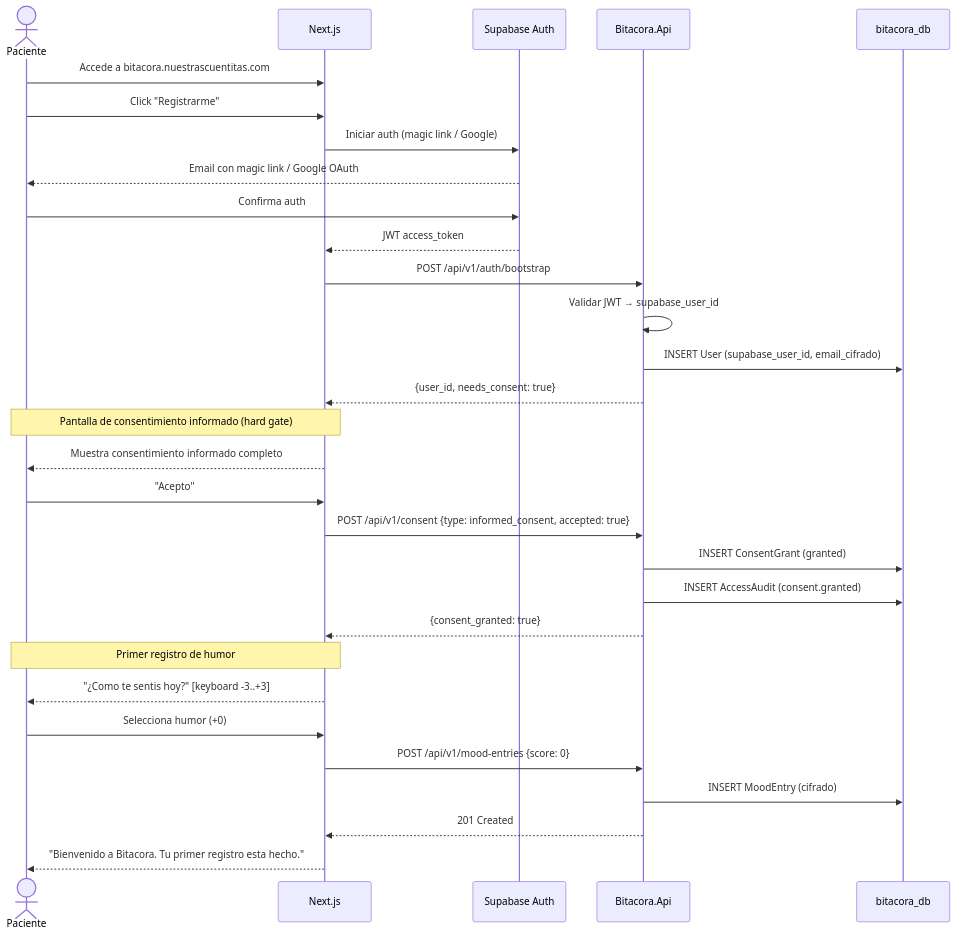
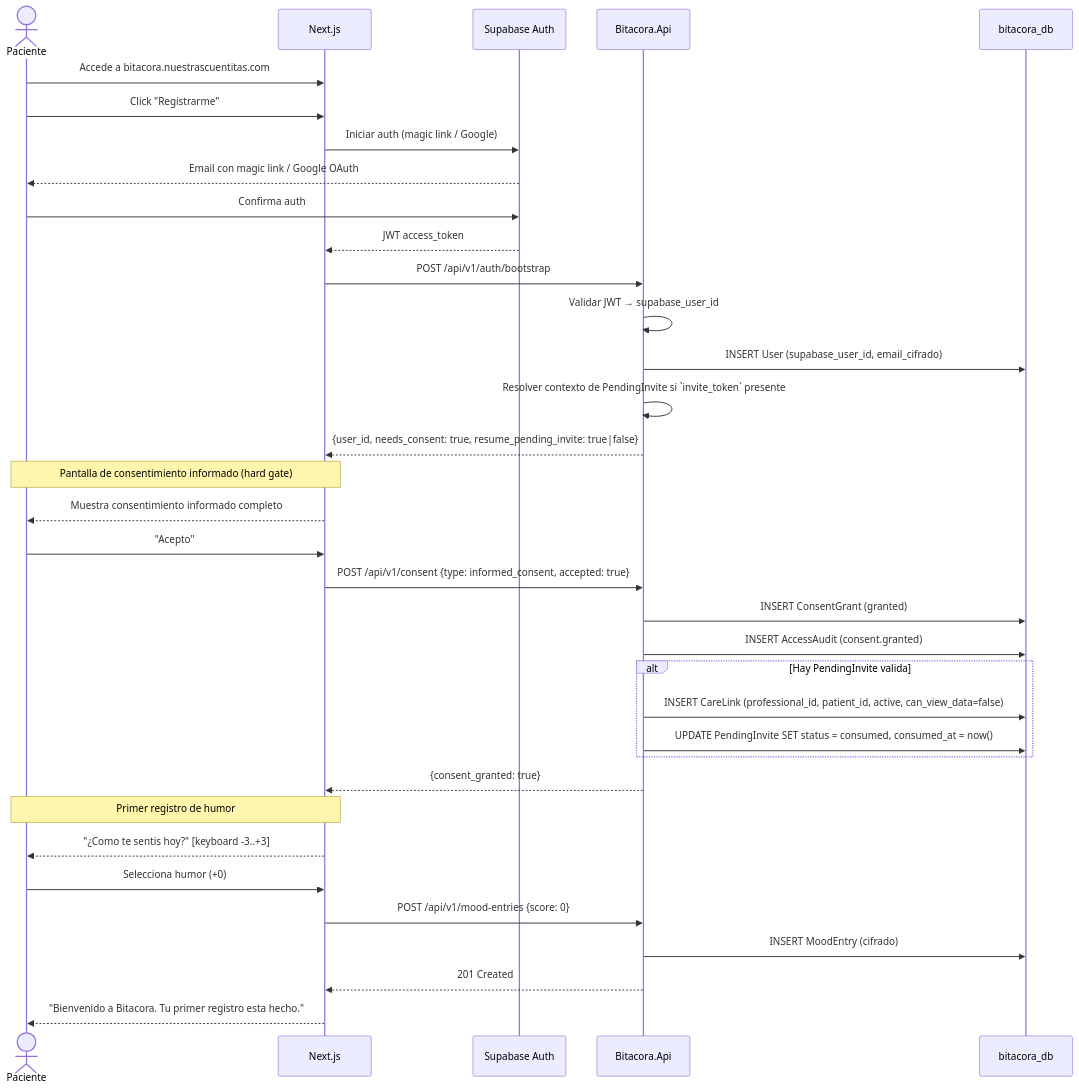
One commit to fgpaz/bitacora changed the diagram in .docs/wiki/03_FL/FL-ONB-01.md. Above: the diagram before and after it, drawn with Mermaid. The commit also changed other lines of this file and 317 other files, not shown here.

````diff
--- a/.docs/wiki/03_FL/FL-ONB-01.md
+++ b/.docs/wiki/03_FL/FL-ONB-01.md
@@ -31,35 +34,40 @@
 ```mermaid
 sequenceDiagram
     actor P as Paciente
     participant WEB as Next.js
     participant SUPA as Supabase Auth
     participant API as Bitacora.Api
     participant DB as bitacora_db
 
     P->>WEB: Accede a bitacora.nuestrascuentitas.com
     P->>WEB: Click "Registrarme"
     WEB->>SUPA: Iniciar auth (magic link / Google)
     SUPA-->>P: Email con magic link / Google OAuth
     P->>SUPA: Confirma auth
     SUPA-->>WEB: JWT access_token
     WEB->>API: POST /api/v1/auth/bootstrap
     API->>API: Validar JWT → supabase_user_id
     API->>DB: INSERT User (supabase_user_id, email_cifrado)
-    API-->>WEB: {user_id, needs_consent: true}
+    API->>API: Resolver contexto de PendingInvite si `invite_token` presente
+    API-->>WEB: {user_id, needs_consent: true, resume_pending_invite: true|false}
 
     Note over WEB,P: Pantalla de consentimiento informado (hard gate)
     WEB-->>P: Muestra consentimiento informado completo
     P->>WEB: "Acepto"
     WEB->>API: POST /api/v1/consent {type: informed_consent, accepted: true}
     API->>DB: INSERT ConsentGrant (granted)
     API->>DB: INSERT AccessAudit (consent.granted)
+    alt Hay PendingInvite valida
+        API->>DB: INSERT CareLink (professional_id, patient_id, active, can_view_data=false)
+        API->>DB: UPDATE PendingInvite SET status = consumed, consumed_at = now()
+    end
     API-->>WEB: {consent_granted: true}
 
     Note over WEB,P: Primer registro de humor
     WEB-->>P: "¿Como te sentis hoy?" [keyboard -3..+3]
     P->>WEB: Selecciona humor (+0)
     WEB->>API: POST /api/v1/mood-entries {score: 0}
     API->>DB: INSERT MoodEntry (cifrado)
     API-->>WEB: 201 Created
     WEB-->>P: "Bienvenido a Bitacora. Tu primer registro esta hecho."
 ```
````
